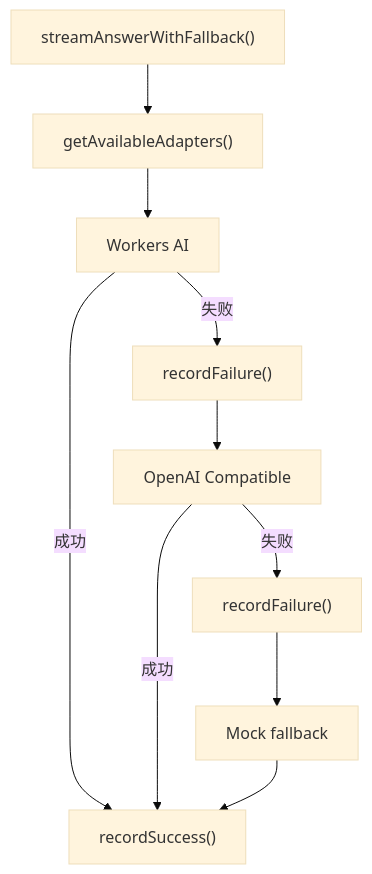
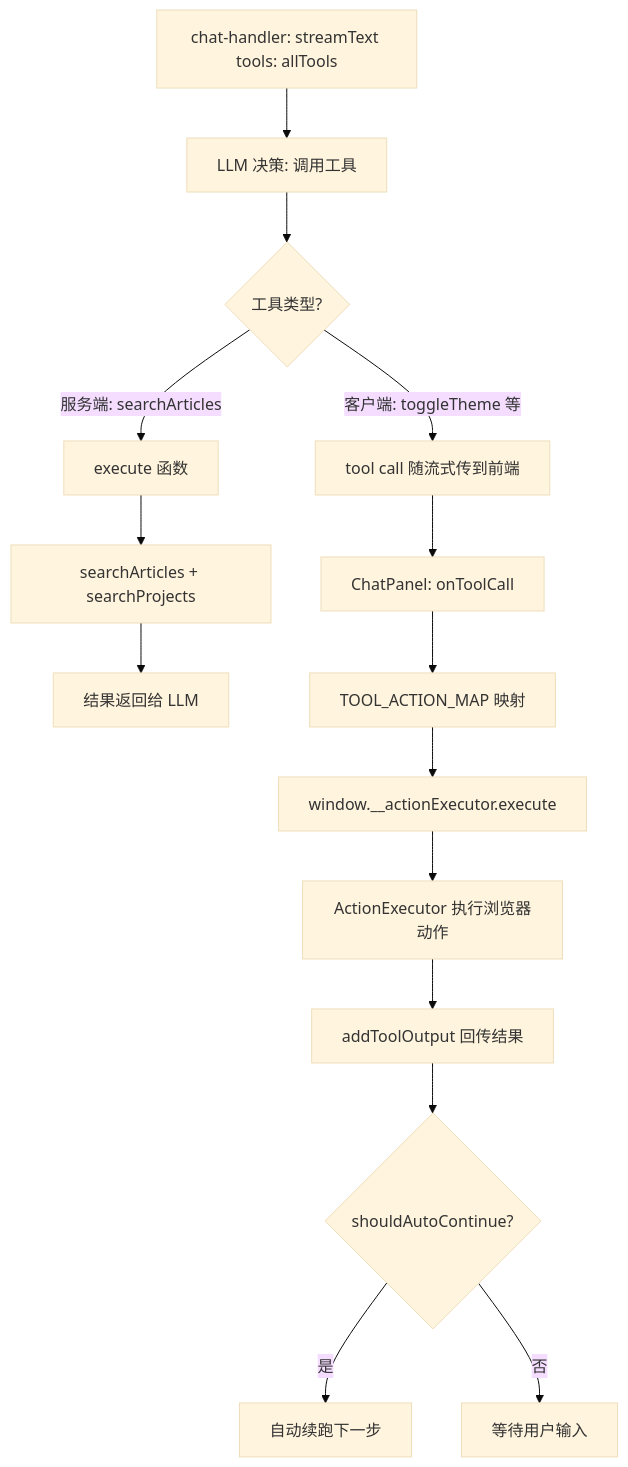
The eighth of 12 diagrams in apps/blog/src/data/blog/zh/ai-module-architecture.md (souloss/astro-minblog), drawn with Mermaid (base theme) before and after one commit. The commit also changed other lines of this file and 40 other files, not shown here.

````diff
--- a/apps/blog/src/data/blog/zh/ai-module-architecture.md
+++ b/apps/blog/src/data/blog/zh/ai-module-architecture.md
@@ -582,12 +1181,19 @@
 ```mermaid
 flowchart TB
-    A["streamAnswerWithFallback()"] --> B["getAvailableAdapters()"]
-    B --> C["Workers AI"]
-    C -->|失败| D["recordFailure()"]
-    D --> E["OpenAI Compatible"]
-    E -->|失败| F["recordFailure()"]
-    F --> G["Mock fallback"]
-    C -->|成功| H["recordSuccess()"]
-    E -->|成功| H
-    G --> H
+    A["chat-handler: streamText tools: allTools"] --> B["LLM 决策: 调用工具"]
+    B --> C{"工具类型?"}
+
+    C -->|服务端: searchArticles| D["execute 函数"]
+    D --> E["searchArticles + searchProjects"]
+    E --> F["结果返回给 LLM"]
+
+    C -->|客户端: toggleTheme 等| G["tool call 随流式传到前端"]
+    G --> H["ChatPanel: onToolCall"]
+    H --> I["TOOL_ACTION_MAP 映射"]
+    I --> J["window.__actionExecutor.execute"]
+    J --> K["ActionExecutor 执行浏览器动作"]
+    K --> L["addToolOutput 回传结果"]
+    L --> M{"shouldAutoContinue?"}
+    M -->|是| N["自动续跑下一步"]
+    M -->|否| O["等待用户输入"]
 ```
````
